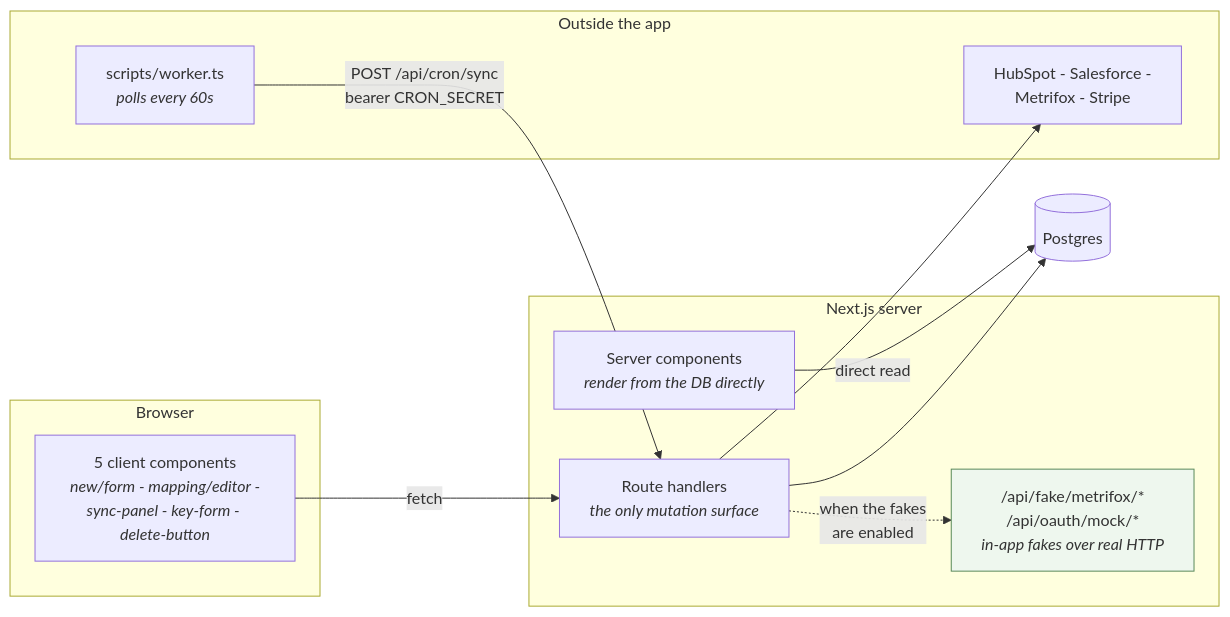
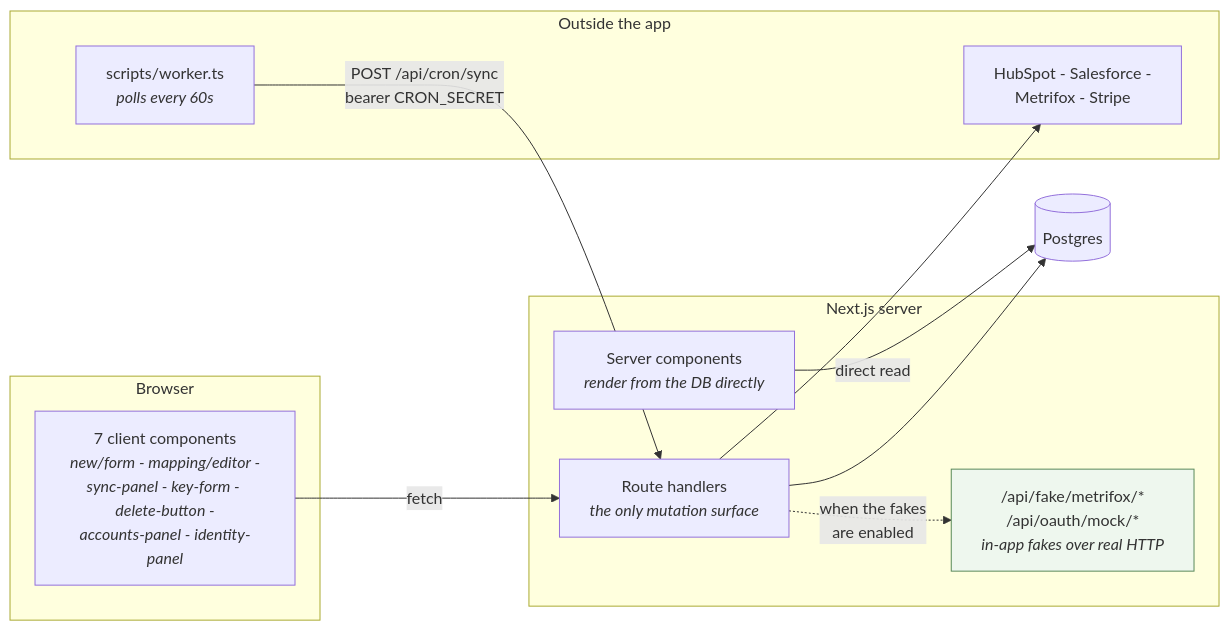
One commit to ajibade-ibrahim/Integration-Demo changed the ninth of 9 diagrams in docs/architecture.md. Above: the diagram before and after it, drawn with Mermaid. The commit also changed other lines of this file and 81 other files, not shown here.

````diff
--- a/docs/architecture.md
+++ b/docs/architecture.md
@@ -440,26 +594,26 @@
 ```mermaid
 flowchart LR
     subgraph browser["Browser"]
-        CC["5 client components<br/><i>new/form - mapping/editor -<br/>sync-panel - key-form - delete-button</i>"]
+        CC["7 client components<br/><i>new/form - mapping/editor -<br/>sync-panel - key-form - delete-button -<br/>accounts-panel - identity-panel</i>"]
     end
 
     subgraph server["Next.js server"]
         RSC["Server components<br/><i>render from the DB directly</i>"]
         RH["Route handlers<br/><i>the only mutation surface</i>"]
         FAKE["/api/fake/metrifox/*<br/>/api/oauth/mock/*<br/><i>in-app fakes over real HTTP</i>"]
     end
 
     subgraph outside["Outside the app"]
         W["scripts/worker.ts<br/><i>polls every 60s</i>"]
         EXT["HubSpot - Salesforce -<br/>Metrifox - Stripe"]
     end
 
     CC -->|fetch| RH
     RSC -->|direct read| DB[("Postgres")]
     RH --> DB
     RH --> EXT
     W -->|"POST /api/cron/sync<br/>bearer CRON_SECRET"| RH
     RH -.->|"when the fakes<br/>are enabled"| FAKE
 
     style FAKE fill:#eef7ee,stroke:#5a8a5a
 ```
````
